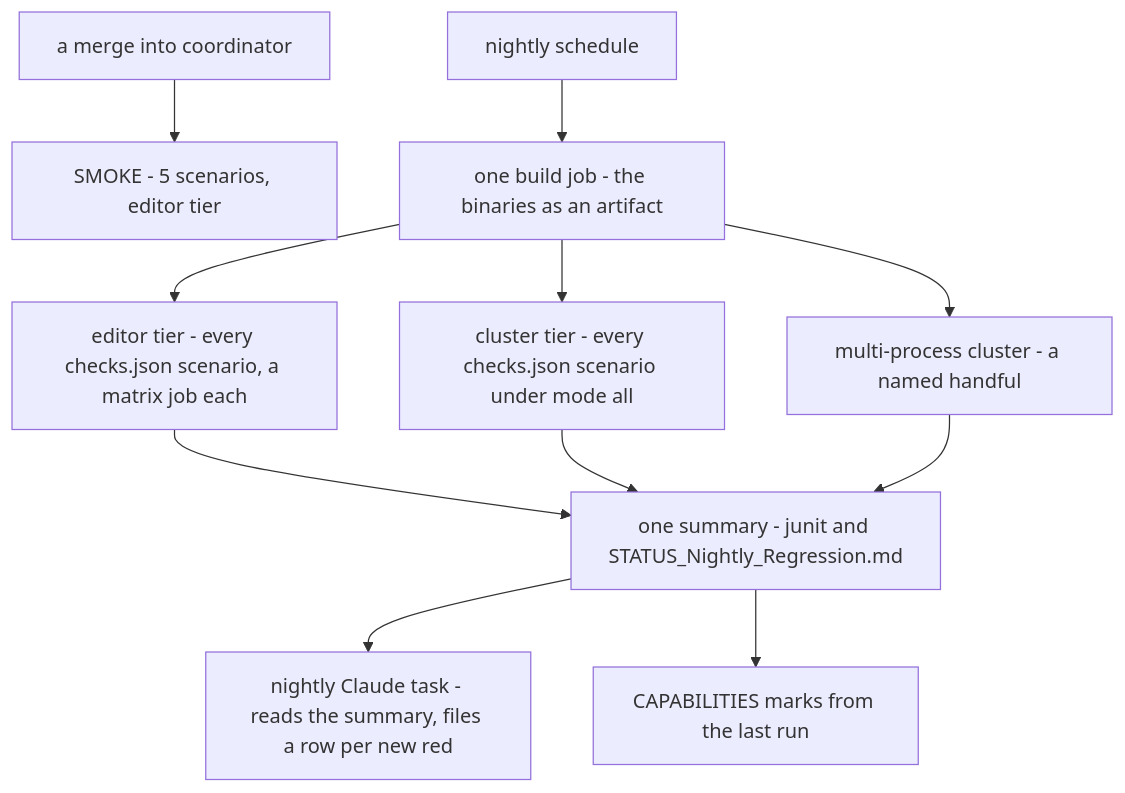
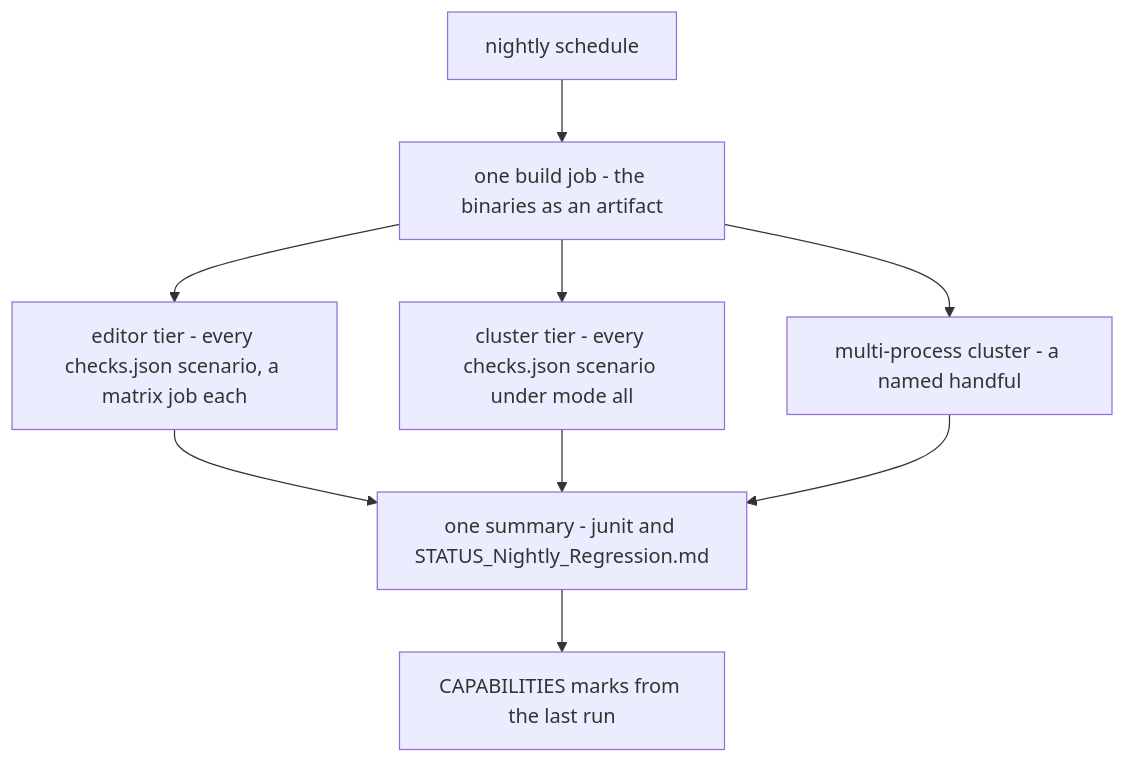
Diagram 16 of 16 in docs/DESIGN_Scenario_Regression.md (pjanec/HROT), drawn with Mermaid before and after one commit. The commit also changed other lines of this file and 3 other files, not shown here.

````diff
--- a/docs/DESIGN_Scenario_Regression.md
+++ b/docs/DESIGN_Scenario_Regression.md
@@ -959,13 +959,11 @@
 ```mermaid
 graph TD
-  PUSH[a merge into coordinator] --> SMOKE[SMOKE - 5 scenarios, editor tier]
   CRON[nightly schedule] --> BUILD[one build job - the binaries as an artifact]
   BUILD --> FAST[editor tier - every checks.json scenario, a matrix job each]
   BUILD --> CL[cluster tier - every checks.json scenario under mode all]
   BUILD --> MP[multi-process cluster - a named handful]
   FAST --> SUM[one summary - junit and STATUS_Nightly_Regression.md]
   CL --> SUM
   MP --> SUM
-  SUM --> TRI[nightly Claude task - reads the summary, files a row per new red]
   SUM --> CAP[CAPABILITIES marks from the last run]
 ```
````
